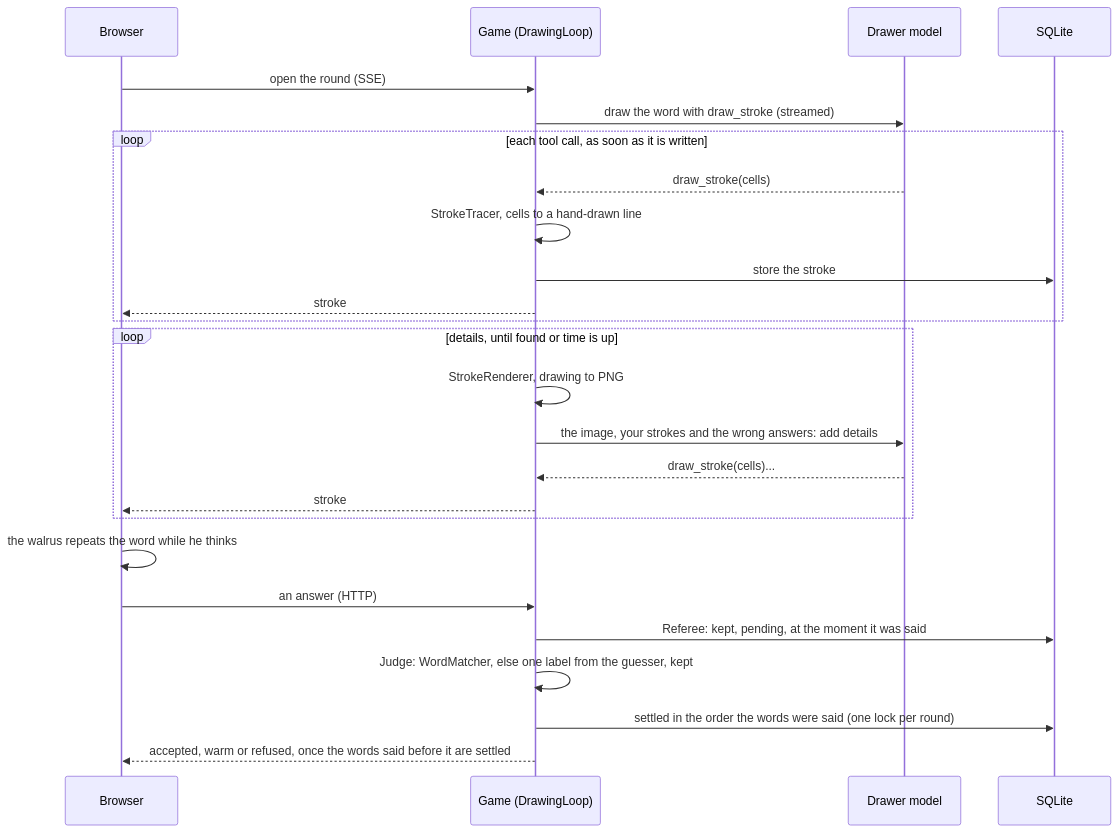
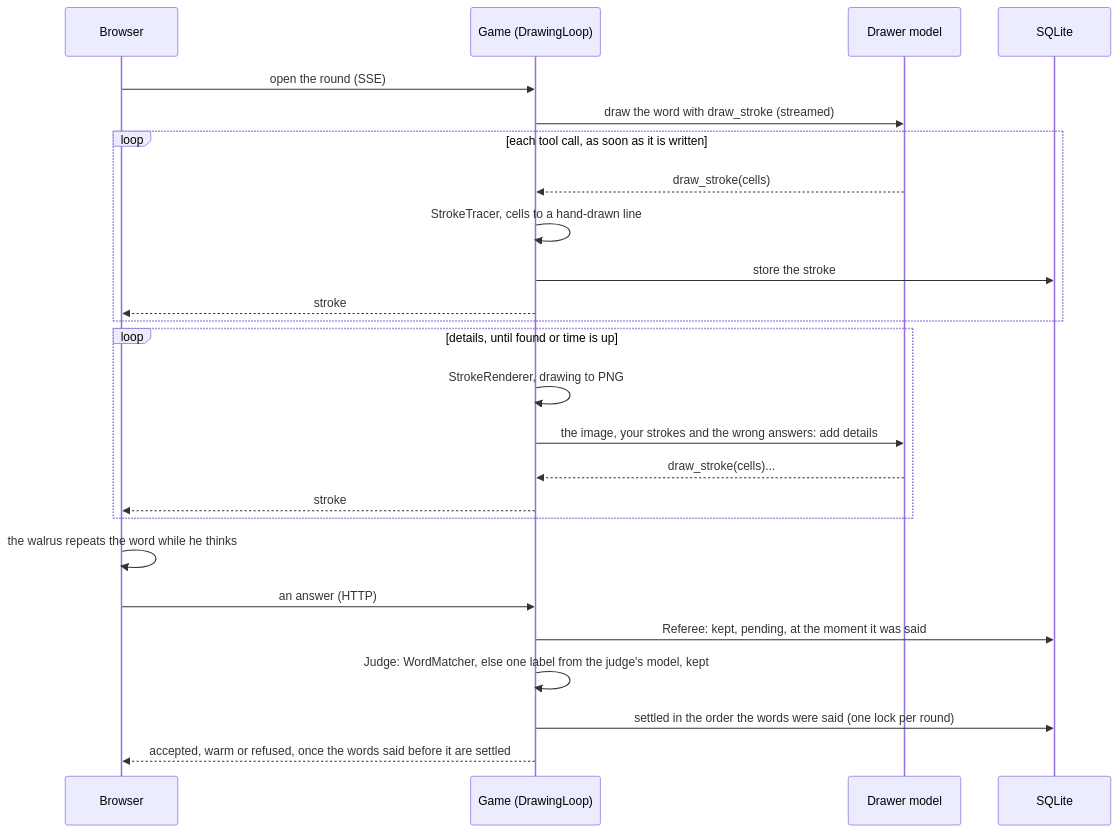
One commit to sowebdev/symfony-ai-hackathon-2026-draw-it-if-you-can changed the second of 4 diagrams in docs/architecture.md. Above: the diagram before and after it, drawn with Mermaid. The commit also changed other lines of this file and 24 other files, not shown here.

First line of the commit message:
The judge, a role of its own: the guesser's model by default, another one if chosen

````diff
--- a/docs/architecture.md
+++ b/docs/architecture.md
@@ -32,28 +32,28 @@
 ```mermaid
 sequenceDiagram
     participant B as Browser
     participant G as Game (DrawingLoop)
     participant M as Drawer model
     participant D as SQLite
 
     B->>G: open the round (SSE)
     G->>M: draw the word with draw_stroke (streamed)
     loop each tool call, as soon as it is written
         M-->>G: draw_stroke(cells)
         G->>G: StrokeTracer, cells to a hand-drawn line
         G->>D: store the stroke
         G-->>B: stroke
     end
     loop details, until found or time is up
         G->>G: StrokeRenderer, drawing to PNG
         G->>M: the image, your strokes and the wrong answers: add details
         M-->>G: draw_stroke(cells)...
         G-->>B: stroke
     end
     B->>B: the walrus repeats the word while he thinks
     B->>G: an answer (HTTP)
     G->>D: Referee: kept, pending, at the moment it was said
-    G->>G: Judge: WordMatcher, else one label from the guesser, kept
+    G->>G: Judge: WordMatcher, else one label from the judge's model, kept
     G->>D: settled in the order the words were said (one lock per round)
     G-->>B: accepted, warm or refused, once the words said before it are settled
 ```
````
